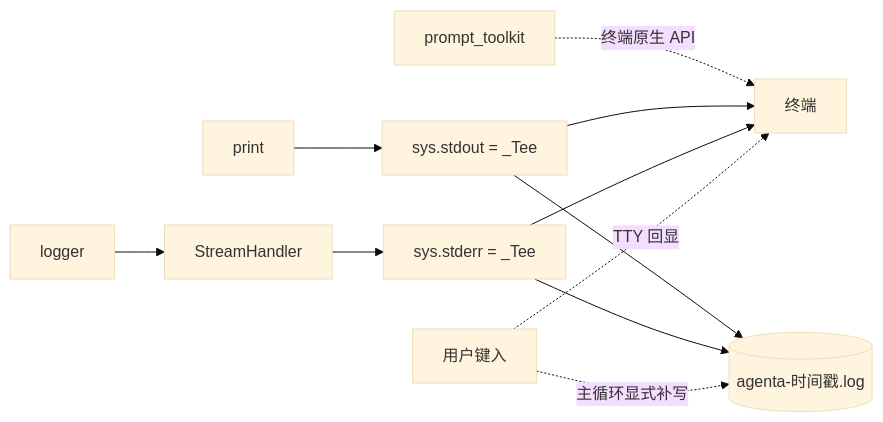
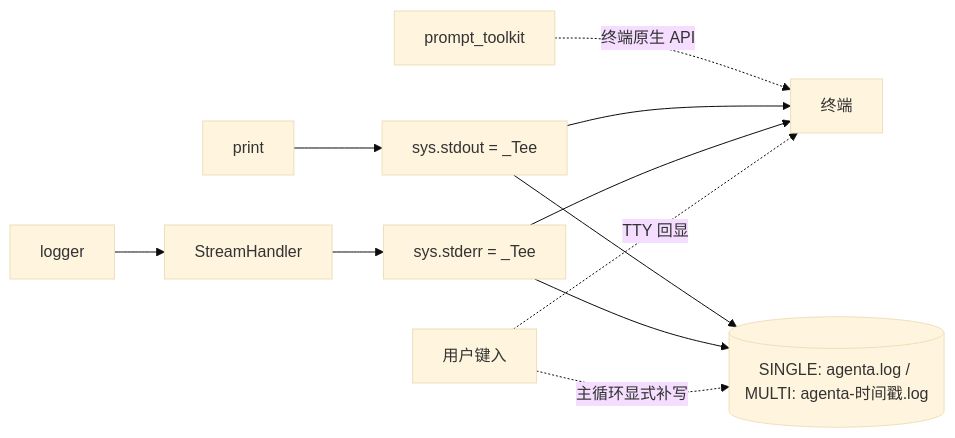
Diagram 26 of 26 in docs/design.md (michaelwangzhenan/AgentA), drawn with Mermaid (base theme) before and after one commit. The commit also changed other lines of this file and 4 other files, not shown here.

````diff
--- a/docs/design.md
+++ b/docs/design.md
@@ -1792,12 +1792,12 @@
 ```mermaid
 flowchart LR
     P[print] --> O[sys.stdout = _Tee]
     L[logger] --> H[StreamHandler] --> E[sys.stderr = _Tee]
     PT[prompt_toolkit] -. 终端原生 API .-> T[终端]
     O --> T
-    O --> F[(agenta-时间戳.log)]
+    O --> F[(SINGLE: agenta.log / MULTI: agenta-时间戳.log)]
     E --> T
     E --> F
     UI[用户键入] -. TTY 回显 .-> T
     UI -. 主循环显式补写 .-> F
 ```
````
